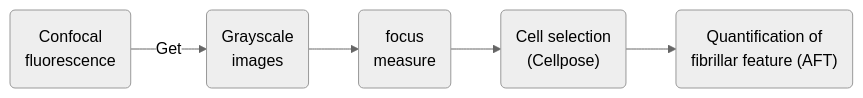
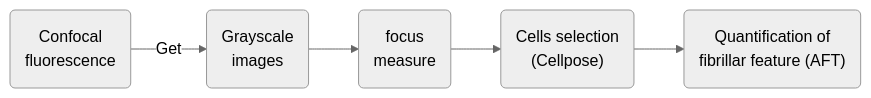
One commit to cjmprofolio/ccClub_poject changed the second of 2 diagrams in README.md. Above: the diagram before and after it, drawn with Mermaid (neutral theme).

````diff
--- a/README.md
+++ b/README.md
@@ -78,10 +78,10 @@
 ```mermaid
 graph LR;
     A(Confocal <br> fluorescence) -->|Get| B(Grayscale <br> images);
     B(Grayscale <br> images) --> C(fmeasure);
     C(focus <br> measure) --> D("Cell selection <br> (Cellpose)");
-    D("Cell selection <br> (Cellpose)") --> E("Quantification of <br> fibrillar feature (AFT)")
+    D("Cells selection <br> (Cellpose)") --> E("Quantification of <br> fibrillar feature (AFT)")
     click C "#focus-measure"
     click D "#cells-selection"
     click E "#quantification-of-fibrillar-feature"
 ```  
````
